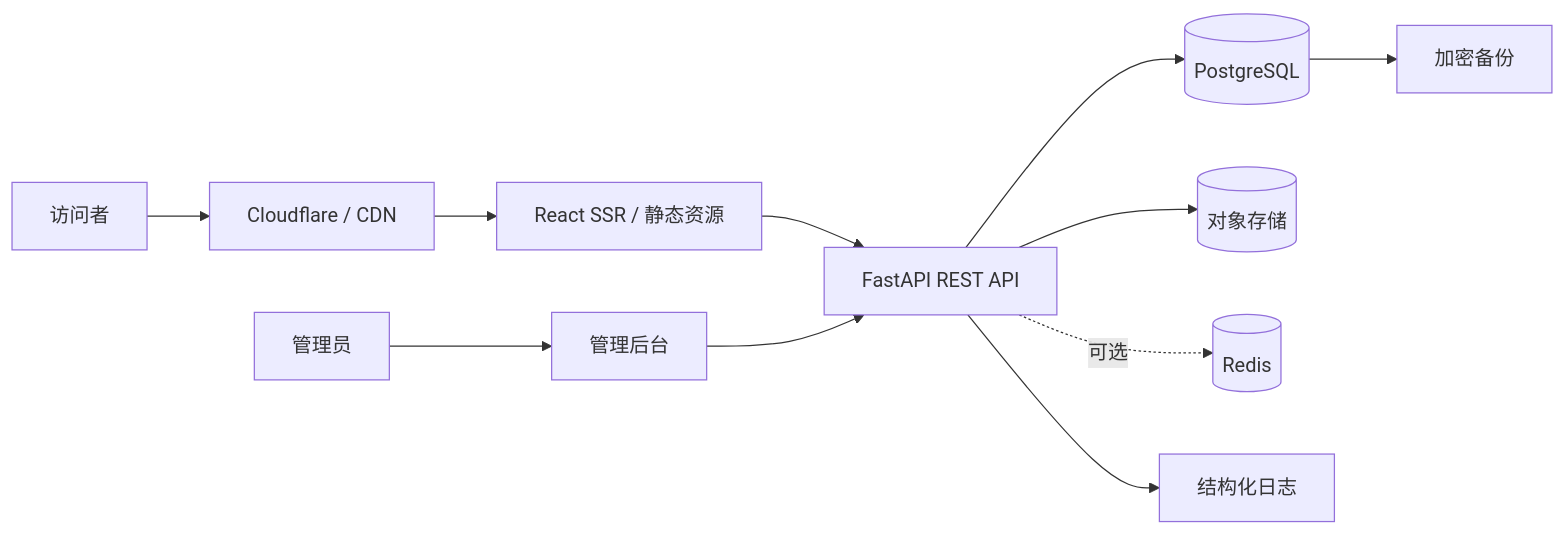
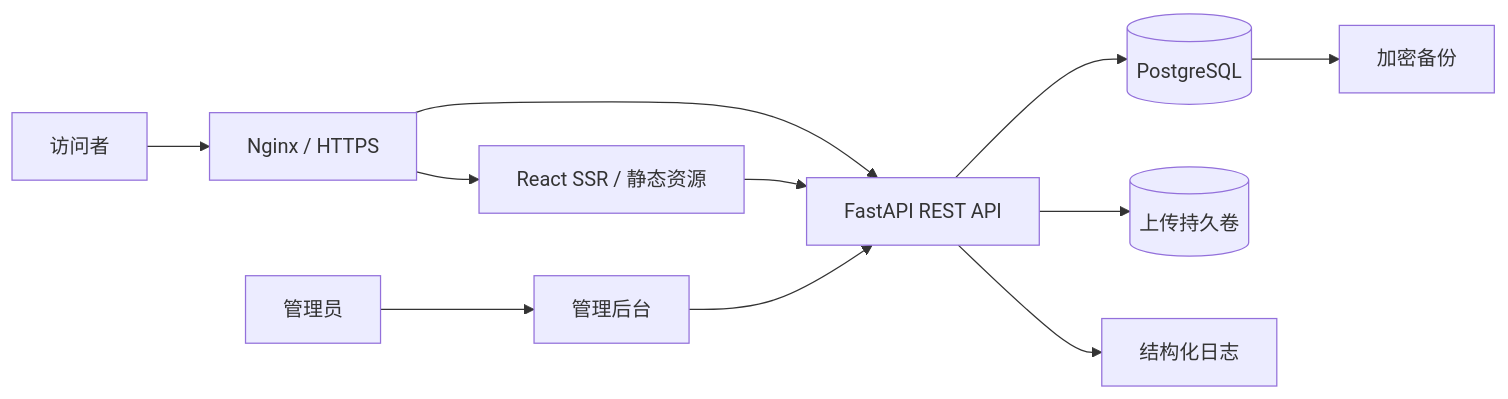
One commit to Coming-zll0722/CTY_Weblog changed the first of 3 diagrams in docs/ARCHITECTURE.md. Above: the diagram before and after it, drawn with Mermaid. The commit also changed other lines of this file and 191 other files, not shown here.

````diff
--- a/docs/ARCHITECTURE.md
+++ b/docs/ARCHITECTURE.md
@@ -11,13 +11,13 @@
 ```mermaid
 flowchart LR
-    V[访问者] --> CF[Cloudflare / CDN]
-    CF --> FE[React SSR / 静态资源]
+    V[访问者] --> N[Nginx / HTTPS]
+    N --> FE[React SSR / 静态资源]
+    N --> API
     FE --> API[FastAPI REST API]
     A[管理员] --> ADMIN[管理后台]
     ADMIN --> API
     API --> PG[(PostgreSQL)]
-    API --> OBJ[(对象存储)]
-    API -. 可选 .-> REDIS[(Redis)]
+    API --> MEDIA[(上传持久卷)]
     API --> LOG[结构化日志]
     PG --> BACKUP[加密备份]
 ```
````
